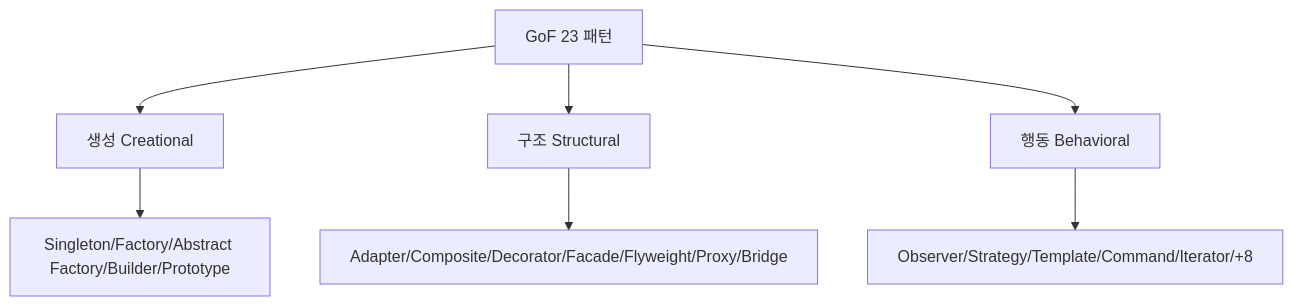
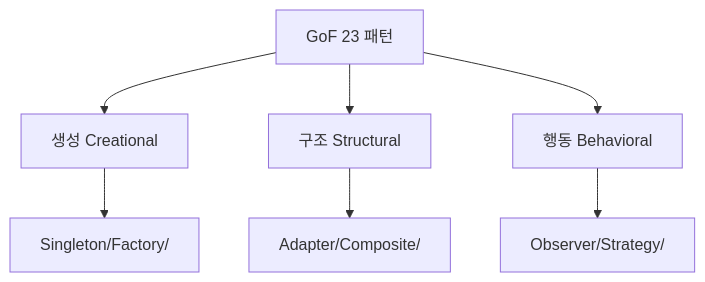
One commit to yjkim2015/yjkim2015.github.io changed the first of 2 diagrams in _posts/designPattern/2021-11-02-DesignPattern1.md. Above: the diagram before and after it, drawn with Mermaid. The commit also changed other lines of this file and 271 other files, not shown here.

First line of the commit message:
Mermaid 라벨 축소: 긴 노드 텍스트 18자 이하로 트림 + \n 제거

````diff
--- a/_posts/designPattern/2021-11-02-DesignPattern1.md
+++ b/_posts/designPattern/2021-11-02-DesignPattern1.md
@@ -68,9 +68,9 @@
 ```mermaid
 graph TD
     A["GoF 23 패턴"] --> B["생성 Creational"]
     A --> C["구조 Structural"]
     A --> D["행동 Behavioral"]
-    B --> B1["Singleton/Factory/Abstract Factory/Builder/Prototype"]
-    C --> C1["Adapter/Composite/Decorator/Facade/Flyweight/Proxy/Bridge"]
-    D --> D1["Observer/Strategy/Template/Command/Iterator/+8"]
+    B --> B1["Singleton/Factory/"]
+    C --> C1["Adapter/Composite/"]
+    D --> D1["Observer/Strategy/"]
 ```
````
